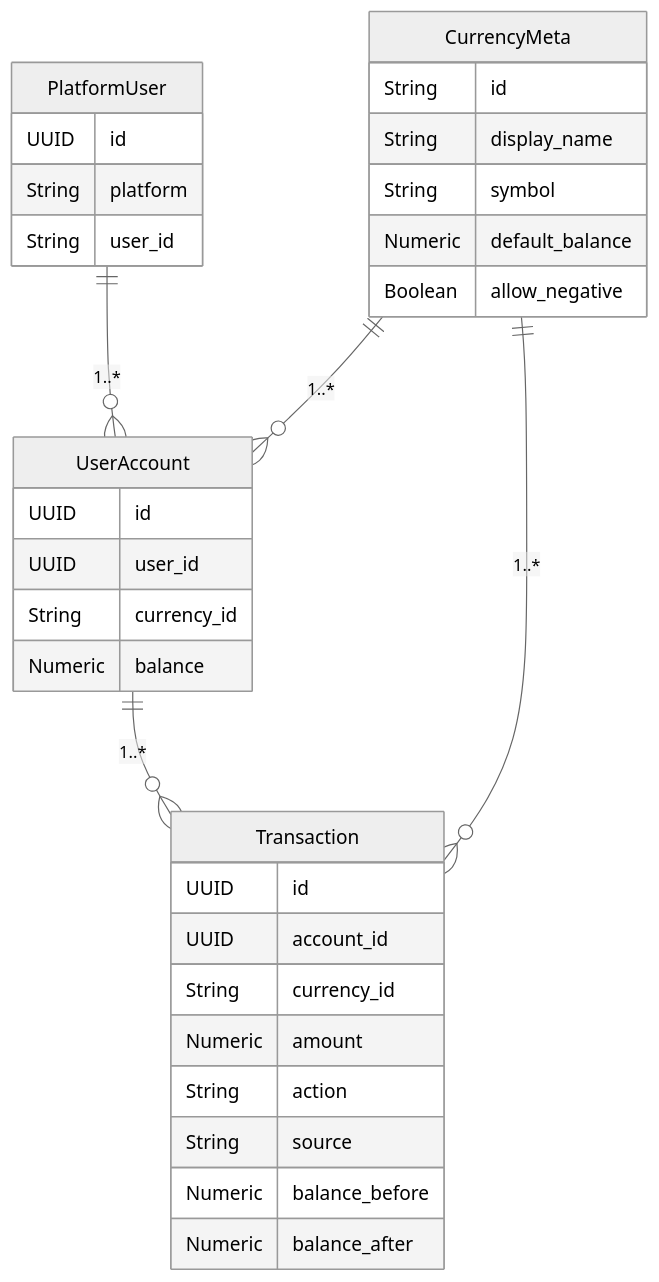
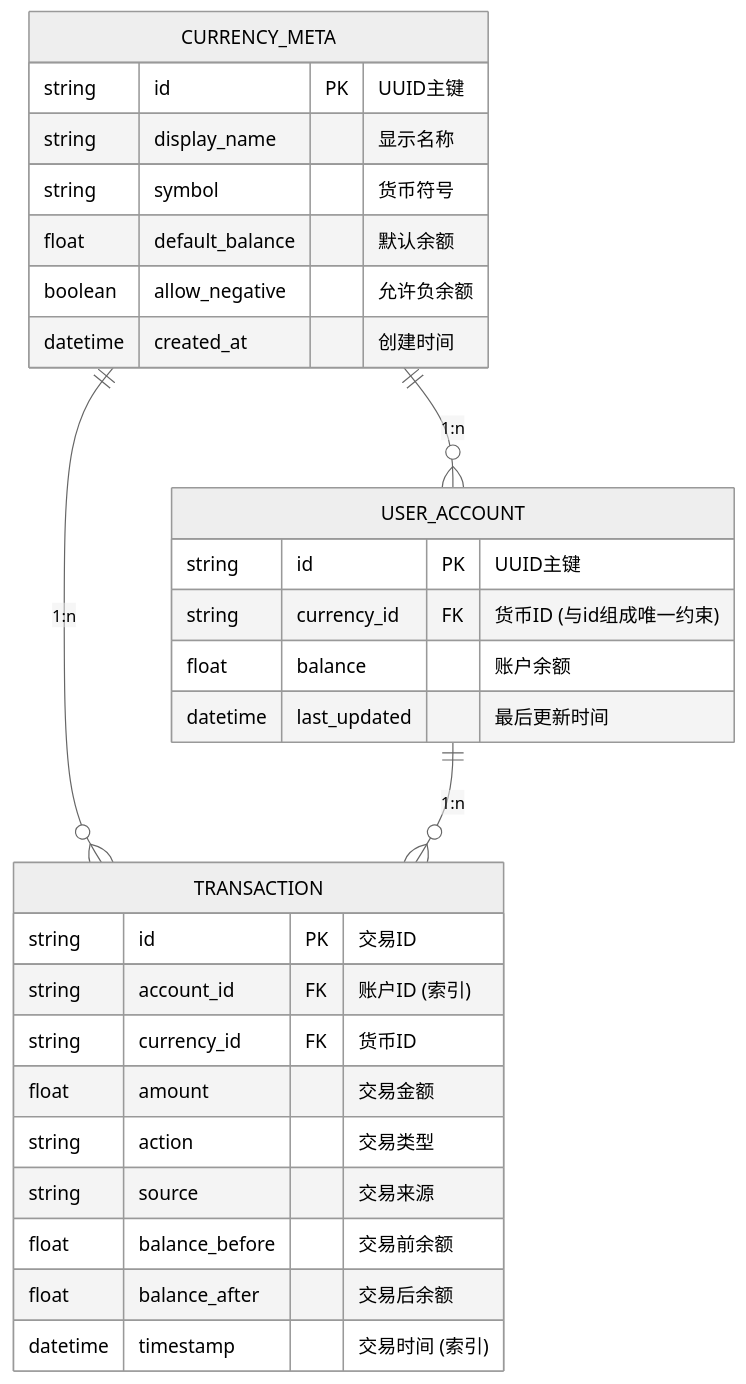
The diagram in docs/_.mermaid (LiteSuggarDEV/nonebot_plugin_value), drawn with Mermaid (neutral theme) before and after one commit. The commit also changed 6 other files, not shown here.

```diff
--- a/docs/_.mermaid
+++ b/docs/_.mermaid
@@ -1,37 +1,32 @@
 erDiagram
-    PlatformUser ||--o{ UserAccount : "1..*"
-    CurrencyMeta ||--o{ UserAccount : "1..*"
-    UserAccount ||--o{ Transaction : "1..*"
-    CurrencyMeta ||--o{ Transaction : "1..*"
+    CURRENCY_META ||--o{ USER_ACCOUNT : "1:n"
+    CURRENCY_META ||--o{ TRANSACTION : "1:n"
+    USER_ACCOUNT ||--o{ TRANSACTION : "1:n"
 
-    PlatformUser {
-        UUID id
-        String platform
-        String user_id
+    CURRENCY_META {
+        string id PK "UUID主键"
+        string display_name "显示名称"
+        string symbol "货币符号"
+        float default_balance "默认余额"
+        boolean allow_negative "允许负余额"
+        datetime created_at "创建时间"
     }
 
-    CurrencyMeta {
-        String id
-        String display_name
-        String symbol
-        Numeric default_balance
-        Boolean allow_negative
+    USER_ACCOUNT {
+        string id PK "UUID主键"
+        string currency_id FK "货币ID (与id组成唯一约束)"
+        float balance "账户余额"
+        datetime last_updated "最后更新时间"
     }
 
-    UserAccount {
-        UUID id
-        UUID user_id
-        String currency_id
-        Numeric balance
+    TRANSACTION {
+        string id PK "交易ID"
+        string account_id FK "账户ID (索引)"
+        string currency_id FK "货币ID"
+        float amount "交易金额"
+        string action "交易类型"
+        string source "交易来源"
+        float balance_before "交易前余额"
+        float balance_after "交易后余额"
+        datetime timestamp "交易时间 (索引)"
     }
-
-    Transaction {
-        UUID id
-        UUID account_id
-        String currency_id
-        Numeric amount
-        String action
-        String source
-        Numeric balance_before
-        Numeric balance_after
-    }
```
